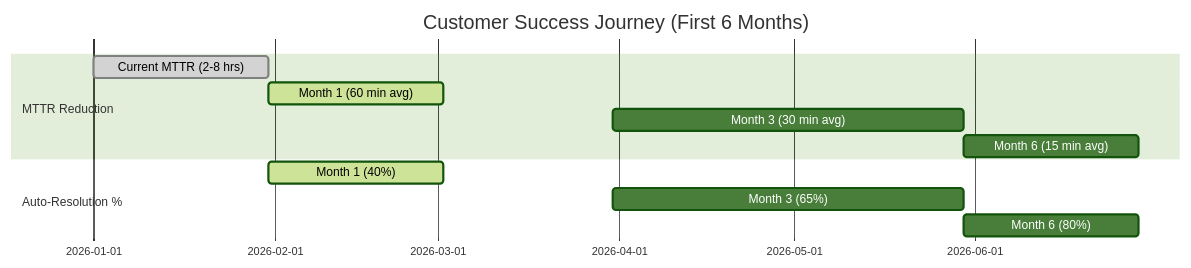
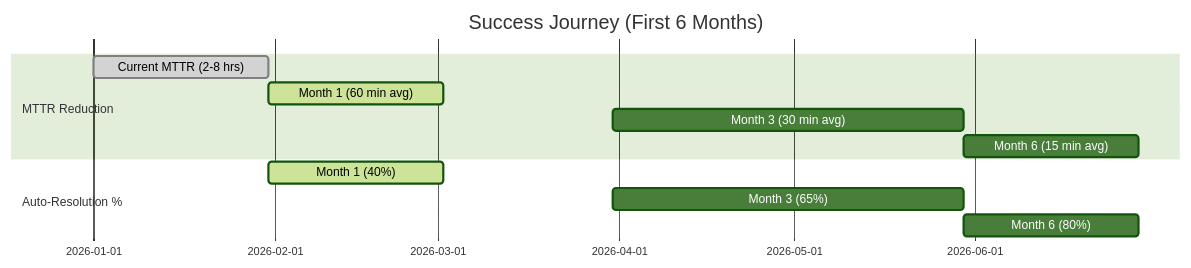
The sixth of 6 diagrams in docs/00-Product-Overview.md (mayankgupta7673/Continuum-Ops), drawn with Mermaid (forest theme) before and after one commit. The commit also changed other lines of this file and 8 other files, not shown here.

````diff
--- a/docs/00-Product-Overview.md
+++ b/docs/00-Product-Overview.md
@@ -456,15 +304,15 @@
 ```mermaid
 gantt
-    title Customer Success Journey (First 6 Months)
+    title Success Journey (First 6 Months)
     dateFormat YYYY-MM-DD
     section MTTR Reduction
     Current MTTR (2-8 hrs)    :done, baseline, 2026-01-01, 30d
     Month 1 (60 min avg)      :active, m1, 2026-01-31, 30d
     Month 3 (30 min avg)      :m3, 2026-03-31, 60d
     Month 6 (15 min avg)      :m6, 2026-05-30, 30d
     
     section Auto-Resolution %
     Month 1 (40%)             :active, a1, 2026-01-31, 30d
     Month 3 (65%)             :a3, 2026-03-31, 60d
     Month 6 (80%)             :a6, 2026-05-30, 30d
 ```
````
